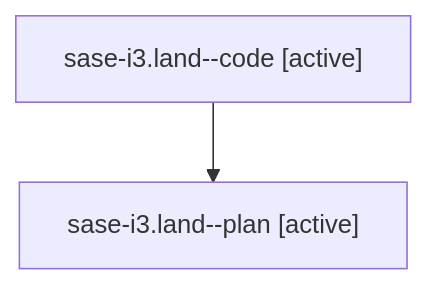
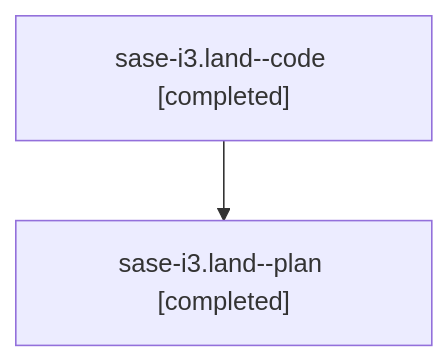
Before and after one commit to sase-org/sase--agents: the diagram in families/bbugyi200.athena.sase-i3.land.md, drawn with Mermaid. The commit also changed other lines of this file and 1497 other files, not shown here.

````diff
--- a/families/bbugyi200.athena.sase-i3.land.md
+++ b/families/bbugyi200.athena.sase-i3.land.md
@@ -9,6 +9,6 @@
 ```mermaid
 flowchart TD
-  n0["sase-i3.land--code [active]"]
-  n1["sase-i3.land--plan [active]"]
+  n0["sase-i3.land--code [completed]"]
+  n1["sase-i3.land--plan [completed]"]
   n0 --> n1
 ```
````
